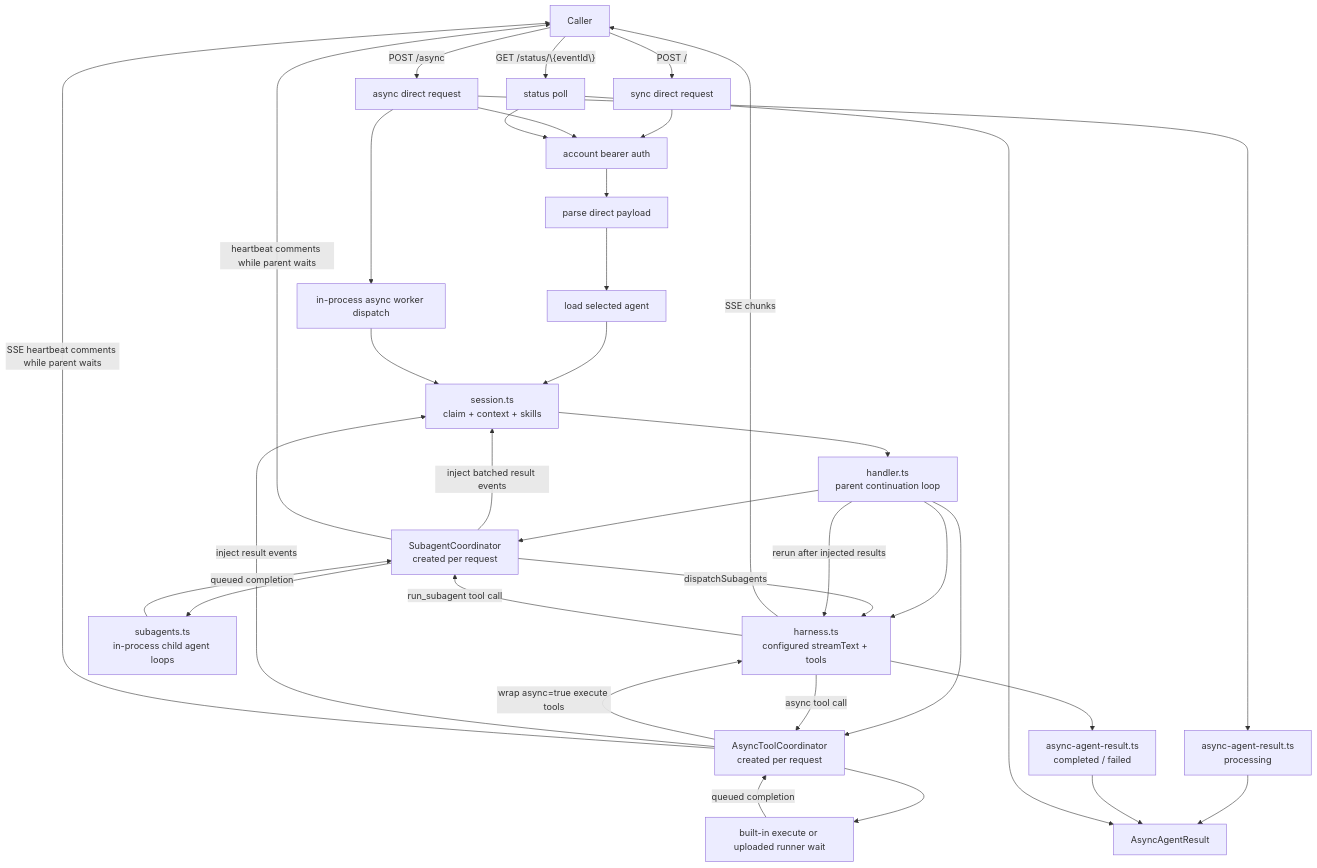
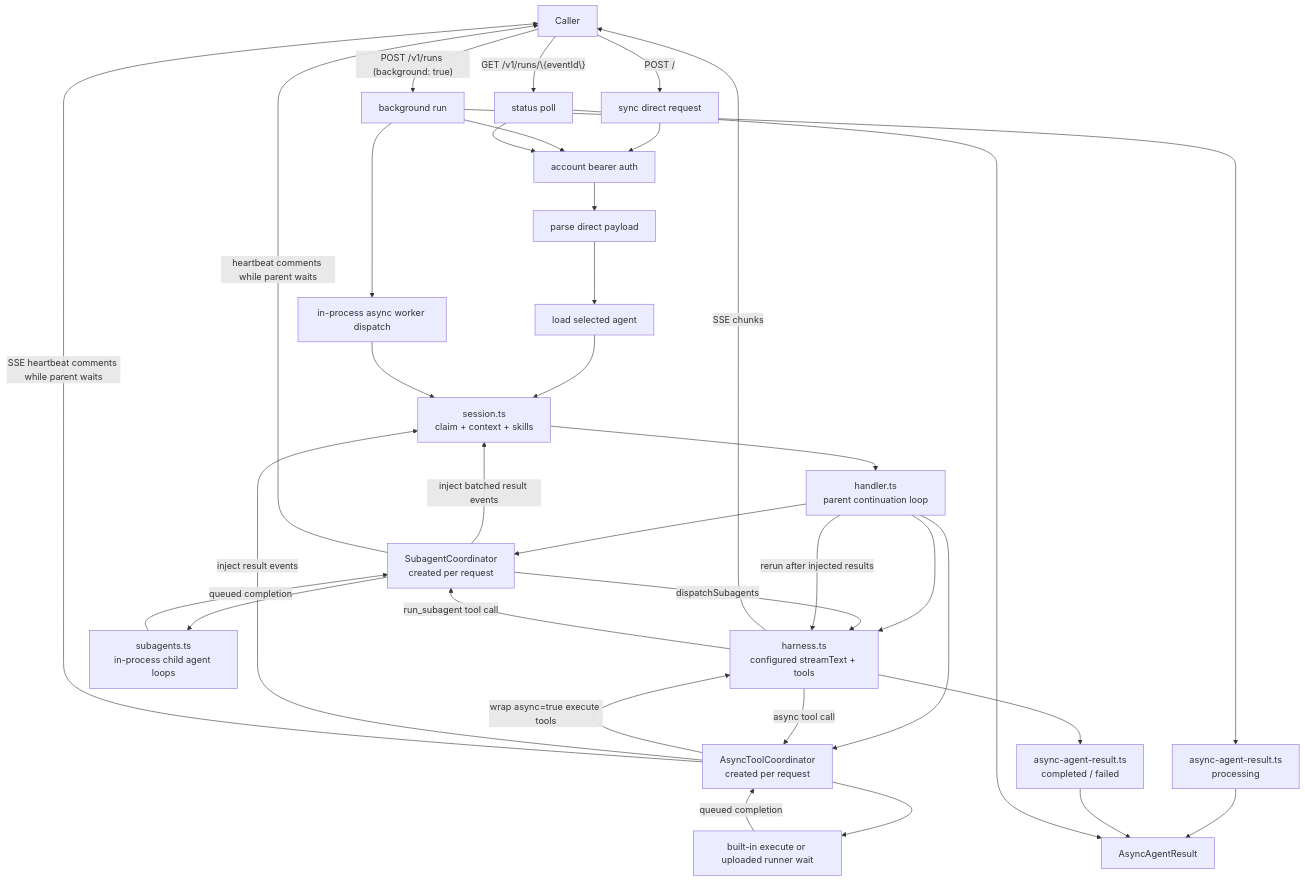
The sixth of 12 diagrams in apps/docs/docs/architecture.md (beeblastco/broods), drawn with Mermaid before and after one commit. The commit also changed other lines of this file and 78 other files, not shown here.

````diff
--- a/apps/docs/docs/architecture.md
+++ b/apps/docs/docs/architecture.md
@@ -159,40 +159,40 @@
 ```mermaid
 flowchart TD
   Caller["Caller"] -->|"POST /"| Sync["sync direct request"]
-  Caller -->|"POST /async"| Async["async direct request"]
+  Caller -->|"POST /v1/runs (background: true)"| Async["background run"]
 
   Sync --> Auth["account bearer auth"]
   Async --> Auth
   Auth --> Parse["parse direct payload"]
   Parse --> AgentLookup["load selected agent"]
   AgentLookup --> Session["session.ts<br/>claim + context + skills"]
   Session --> HandlerLoop["handler.ts<br/>parent continuation loop"]
   HandlerLoop --> Coordinator["SubagentCoordinator<br/>created per request"]
   HandlerLoop --> ToolCoordinator["AsyncToolCoordinator<br/>created per request"]
   HandlerLoop --> Agent["harness.ts<br/>configured streamText + tools"]
   Coordinator -->|"dispatchSubagents"| Agent
   ToolCoordinator -->|"wrap async=true execute tools"| Agent
   Agent -->|"SSE chunks"| Caller
   Agent -->|"run_subagent tool call"| Coordinator
   Agent -->|"async tool call"| ToolCoordinator
   Coordinator --> ChildRuns["subagents.ts<br/>in-process child agent loops"]
   ToolCoordinator --> ToolRuns["built-in execute or uploaded runner wait"]
   ChildRuns -->|"queued completion"| Coordinator
   ToolRuns -->|"queued completion"| ToolCoordinator
   Coordinator -->|"inject batched result events"| Session
   ToolCoordinator -->|"inject result events"| Session
   Coordinator -->|"heartbeat comments while parent waits"| Caller
   ToolCoordinator -->|"SSE heartbeat comments while parent waits"| Caller
   HandlerLoop -->|"rerun after injected results"| Agent
 
   Async --> Pending["async-agent-result.ts<br/>processing"]
   Pending --> AsyncTable["AsyncAgentResult"]
   Async --> Worker["in-process async worker dispatch"]
   Worker --> Session
   Agent --> Complete["async-agent-result.ts<br/>completed / failed"]
   Complete --> AsyncTable
 
-  Caller -->|"GET /status/\{eventId\}"| Status["status poll"]
+  Caller -->|"GET /v1/runs/\{eventId\}"| Status["status poll"]
   Status --> Auth
   Status --> AsyncTable
 ```
````
